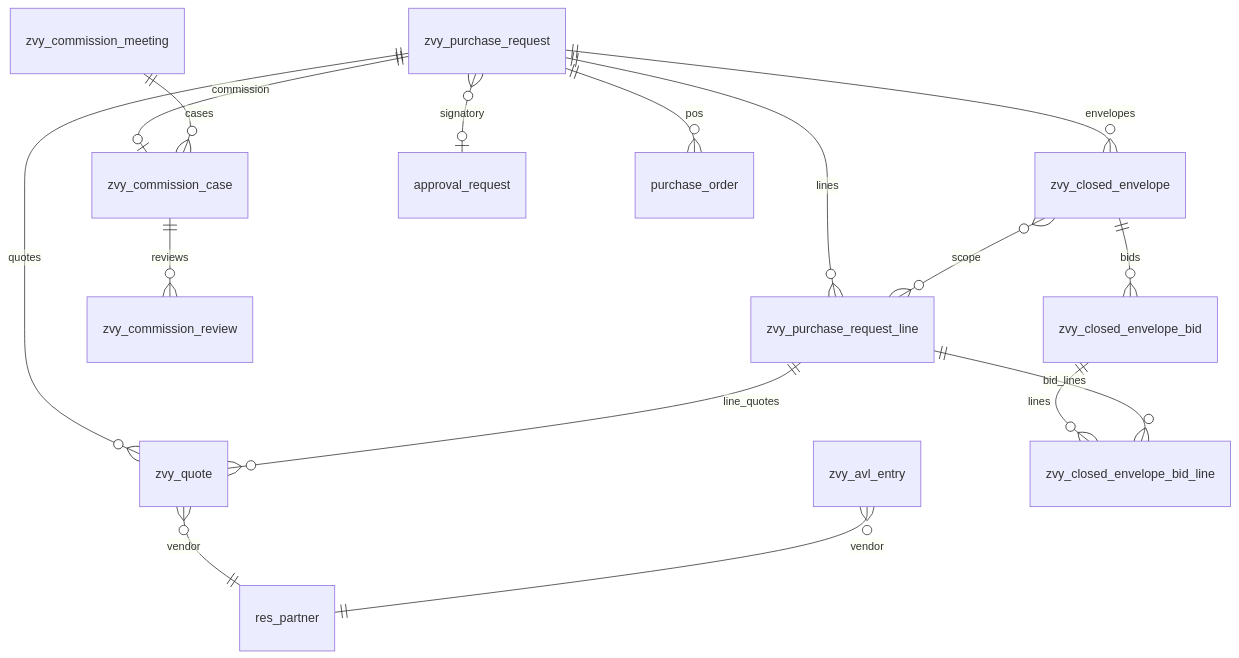
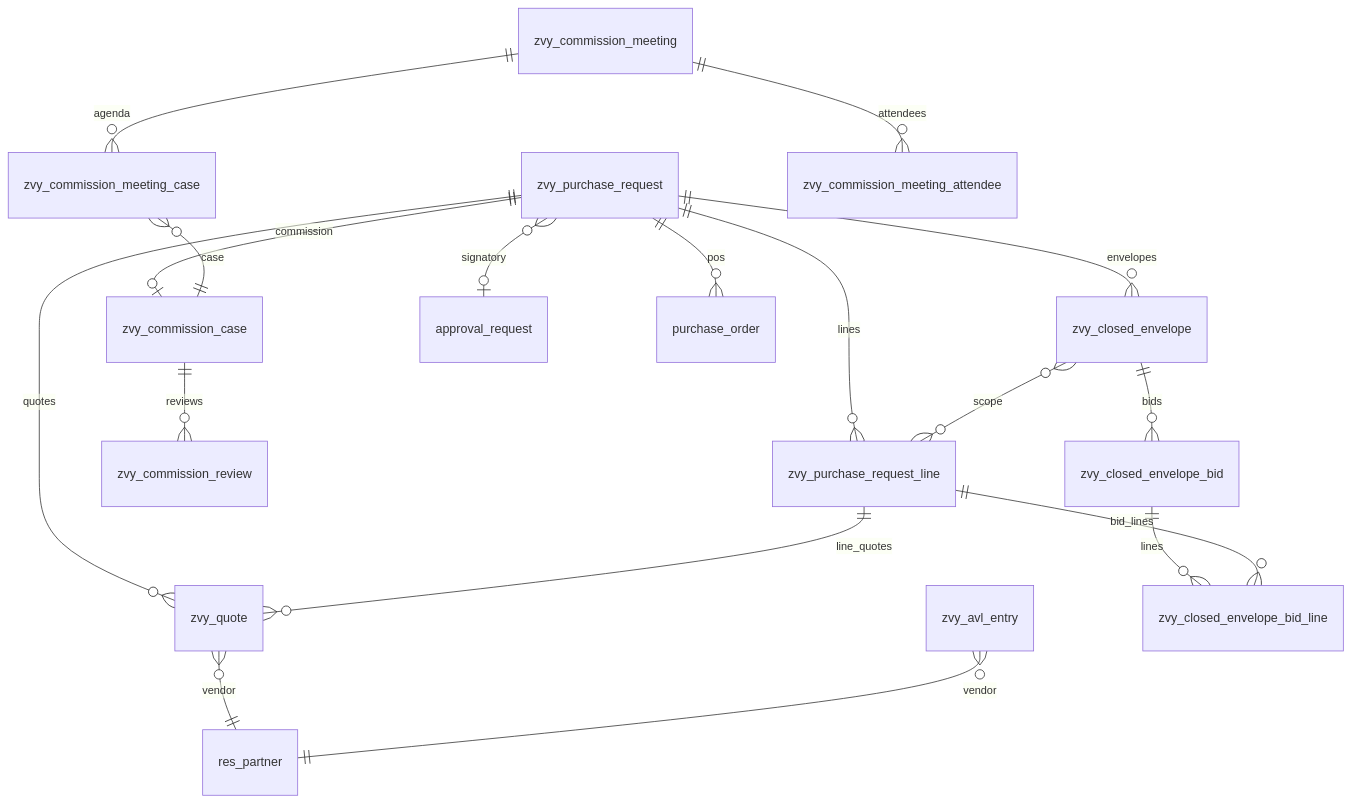
One commit to MohamadAzarifar/odoo-18-mammut changed the first of 2 diagrams in odoo/addons-mammut/zvy_tendering/Architecture.md. Above: the diagram before and after it, drawn with Mermaid. The commit also changed other lines of this file and 19 other files, not shown here.

````diff
--- a/odoo/addons-mammut/zvy_tendering/Architecture.md
+++ b/odoo/addons-mammut/zvy_tendering/Architecture.md
@@ -99,18 +103,20 @@
 ```mermaid
 erDiagram
     zvy_purchase_request ||--o{ zvy_purchase_request_line : lines
     zvy_purchase_request ||--o{ zvy_quote : quotes
     zvy_purchase_request_line ||--o{ zvy_quote : line_quotes
     zvy_quote }o--|| res_partner : vendor
     zvy_avl_entry }o--|| res_partner : vendor
     zvy_purchase_request ||--o| zvy_commission_case : commission
     zvy_commission_case ||--o{ zvy_commission_review : reviews
-    zvy_commission_meeting ||--o{ zvy_commission_case : cases
+    zvy_commission_meeting ||--o{ zvy_commission_meeting_case : agenda
+    zvy_commission_meeting ||--o{ zvy_commission_meeting_attendee : attendees
+    zvy_commission_meeting_case }o--|| zvy_commission_case : case
     zvy_purchase_request ||--o{ zvy_closed_envelope : envelopes
     zvy_closed_envelope }o--o{ zvy_purchase_request_line : scope
     zvy_closed_envelope ||--o{ zvy_closed_envelope_bid : bids
     zvy_closed_envelope_bid ||--o{ zvy_closed_envelope_bid_line : lines
     zvy_purchase_request_line ||--o{ zvy_closed_envelope_bid_line : bid_lines
     zvy_purchase_request }o--o| approval_request : signatory
     zvy_purchase_request ||--o{ purchase_order : pos
 ```
````
